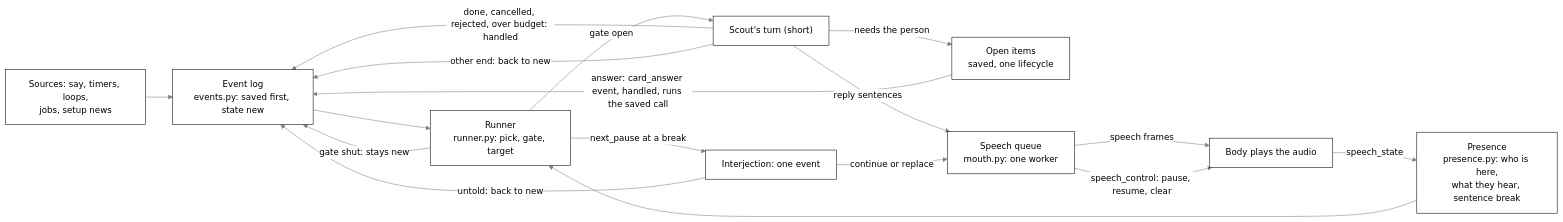
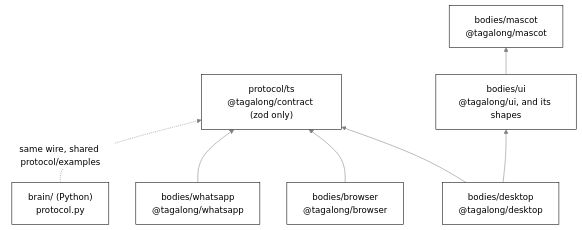
One commit to nadeem4/tagalong changed the third of 4 diagrams in docs/architecture.md. Above: the diagram before and after it, drawn with Mermaid. The commit also changed other lines of this file and 6 other files, not shown here.

First line of the commit message:
docs: architecture overview, reading paths and protocol session flow (#432)

````diff
--- a/docs/architecture.md
+++ b/docs/architecture.md
@@ -193,20 +117,17 @@
 ```mermaid
-%%{init: {"theme": "base", "themeVariables": {"primaryColor": "#ffffff", "primaryTextColor": "#000000", "primaryBorderColor": "#000000", "lineColor": "#808080", "arrowheadColor": "#808080", "secondaryColor": "#f2f2f2", "tertiaryColor": "#ffffff", "clusterBkg": "#f7f7f7", "clusterBorder": "#808080", "edgeLabelBackground": "#ffffff", "titleColor": "#808080", "actorBkg": "#ffffff", "actorBorder": "#000000", "actorTextColor": "#000000", "actorLineColor": "#808080", "signalColor": "#808080", "signalTextColor": "#808080", "sequenceNumberColor": "#ffffff", "labelBoxBkgColor": "#ffffff", "labelBoxBorderColor": "#808080", "labelTextColor": "#000000", "loopTextColor": "#808080", "noteBkgColor": "#f7f7f7", "noteBorderColor": "#808080", "noteTextColor": "#000000", "activationBkgColor": "#f7f7f7", "activationBorderColor": "#808080", "fontFamily": "Segoe UI, Helvetica, Arial, sans-serif"}}}%%
-flowchart LR
-  SRC["Sources: say, timers, loops,<br/>jobs, setup news"] --> LOG["Event log<br/>events.py: saved first, state new"]
-  LOG --> RUN["Runner<br/>runner.py: pick, gate, target"]
-  PRES["Presence<br/>presence.py: who is here,<br/>what they hear, sentence break"] --> RUN
-  RUN -->|"gate open"| TURN["Scout's turn (short)"]
-  RUN -->|"next_pause at a break"| INT["Interjection: one event"]
-  RUN -->|"gate shut: stays new"| LOG
-  TURN -->|"done, cancelled, rejected, over budget: handled"| LOG
-  TURN -->|"other end: back to new"| LOG
-  TURN -->|"needs the person"| OI["Open items<br/>saved, one lifecycle"]
-  OI -->|"answer: card_answer event, handled, runs the saved call"| LOG
-  TURN -->|"reply sentences"| SQ["Speech queue<br/>mouth.py: one worker"]
-  INT -->|"continue or replace"| SQ
-  INT -->|"untold: back to new"| LOG
-  SQ -->|"speech frames"| BODY["Body plays the audio"]
-  BODY -->|"speech_state"| PRES
-  SQ -->|"speech_control: pause, resume, clear"| BODY
+%%{init: {"theme": "base", "themeVariables": {"primaryColor": "#ffffff", "primaryTextColor": "#000000", "primaryBorderColor": "#000000", "lineColor": "#808080", "arrowheadColor": "#808080", "secondaryColor": "#f2f2f2", "tertiaryColor": "#ffffff", "clusterBkg": "#f7f7f7", "clusterBorder": "#808080", "edgeLabelBackground": "#ffffff", "titleColor": "#808080", "actorBkg": "#ffffff", "actorBorder": "#000000", "actorTextColor": "#000000", "actorLineColor": "#808080", "signalColor": "#808080", "signalTextColor": "#808080", "sequenceNumberColor": "#ffffff", "labelBoxBkgColor": "#ffffff", "labelBoxBorderColor": "#808080", "labelTextColor": "#000000", "loopTextColor": "#808080", "noteBkgColor": "#f7f7f7", "noteBorderColor": "#808080", "noteTextColor": "#000000", "activationBkgColor": "#f7f7f7", "activationBorderColor": "#808080", "fontFamily": "Segoe UI, Helvetica, Arial, sans-serif"}, "themeCSS": ".relationshipLabelBox{opacity:1} .relationshipLabelBox rect{opacity:1}"}}%%
+flowchart BT
+  K["protocol/ts<br/>@tagalong/contract (zod only)"]
+  M["bodies/mascot<br/>@tagalong/mascot"]
+  U["bodies/ui<br/>@tagalong/ui, and its shapes"]
+  D["bodies/desktop<br/>@tagalong/desktop"]
+  X["bodies/browser<br/>@tagalong/browser"]
+  W["bodies/whatsapp<br/>@tagalong/whatsapp"]
+  PY["brain/ (Python)<br/>protocol.py"]
+  U --> M
+  D --> U
+  D --> K
+  X --> K
+  W --> K
+  PY -. "same wire, shared protocol/examples" .-> K
 ```
````
